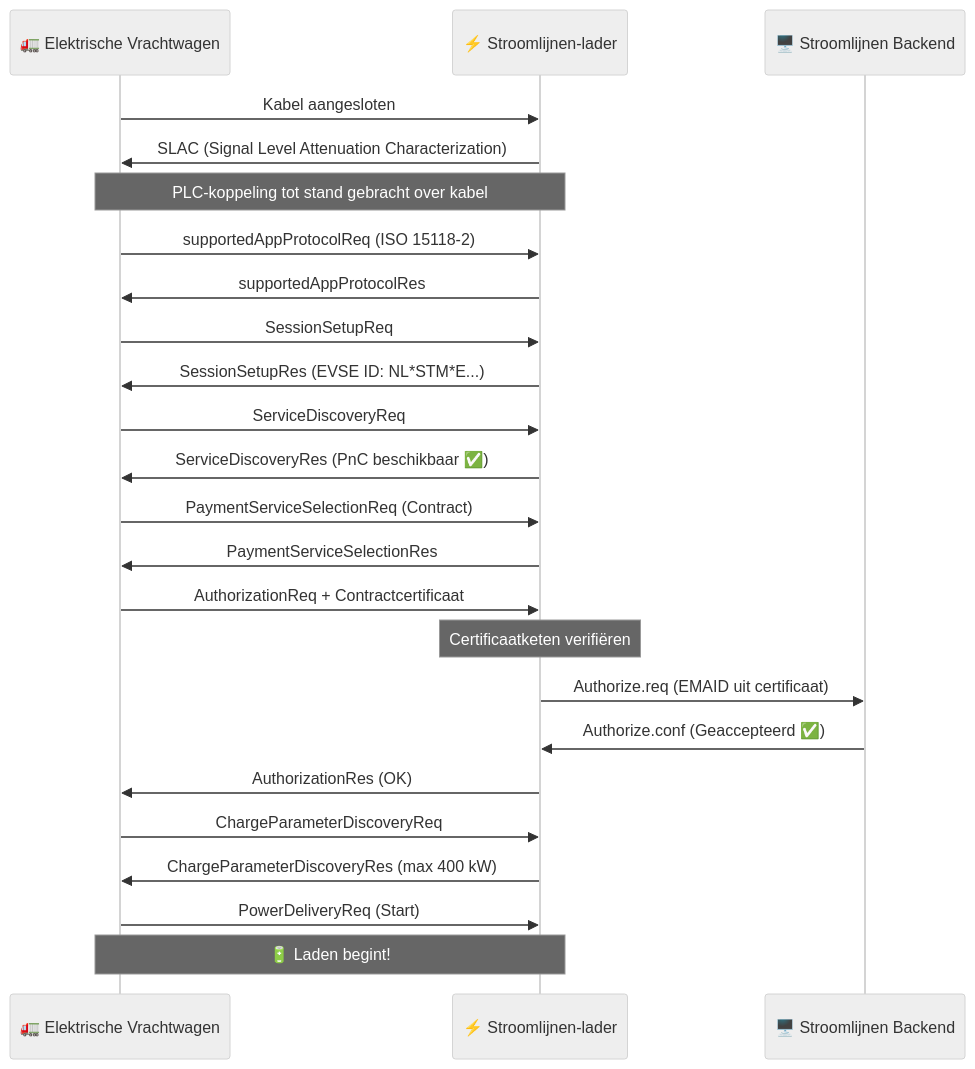
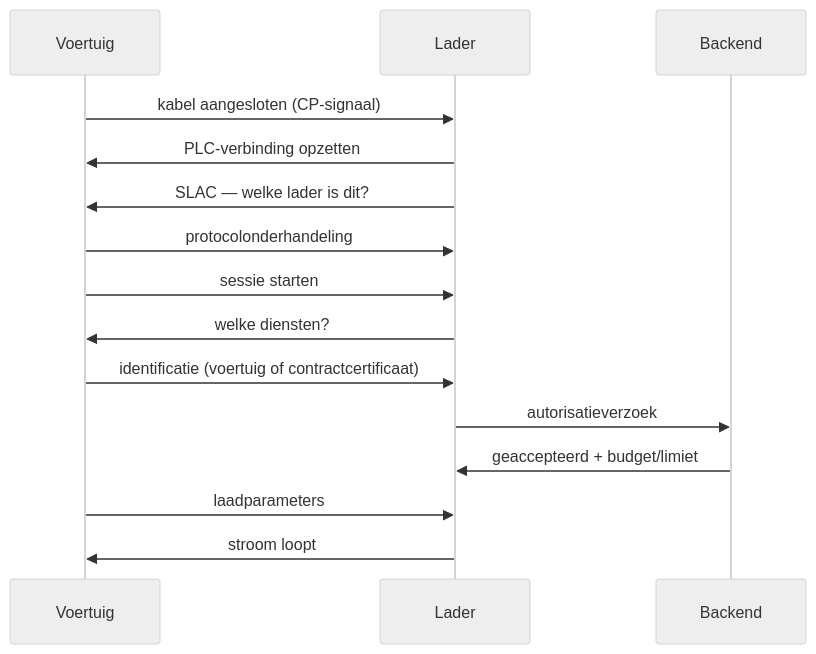
One commit to imichelena/stroomlijnen-docs changed the diagram in docs/plug-and-charge/how-it-works.md. Above: the diagram before and after it, drawn with Mermaid (neutral theme). The commit also changed other lines of this file and 577 other files, not shown here.

````diff
--- a/docs/plug-and-charge/how-it-works.md
+++ b/docs/plug-and-charge/how-it-works.md
@@ -38,34 +20,18 @@
 ```mermaid
 sequenceDiagram
-    participant Truck as 🚛 Elektrische Vrachtwagen
-    participant Charger as ⚡ Stroomlijnen-lader
-    participant Backend as 🖥️ Stroomlijnen Backend
+    participant EV as Voertuig
+    participant EVSE as Lader
+    participant CSMS as Backend
 
-    Truck->>Charger: Kabel aangesloten
-    Charger->>Truck: SLAC (Signal Level Attenuation Characterization)
-    Note over Truck,Charger: PLC-koppeling tot stand gebracht over kabel
-
-    Truck->>Charger: supportedAppProtocolReq (ISO 15118-2)
-    Charger->>Truck: supportedAppProtocolRes
-
-    Truck->>Charger: SessionSetupReq
-    Charger->>Truck: SessionSetupRes (EVSE ID: NL*STM*E...)
-
-    Truck->>Charger: ServiceDiscoveryReq
-    Charger->>Truck: ServiceDiscoveryRes (PnC beschikbaar ✅)
-
-    Truck->>Charger: PaymentServiceSelectionReq (Contract)
-    Charger->>Truck: PaymentServiceSelectionRes
-
-    Truck->>Charger: AuthorizationReq + Contractcertificaat
-    Note over Charger: Certificaatketen verifiëren
-    Charger->>Backend: Authorize.req (EMAID uit certificaat)
-    Backend->>Charger: Authorize.conf (Geaccepteerd ✅)
-    Charger->>Truck: AuthorizationRes (OK)
-
-    Truck->>Charger: ChargeParameterDiscoveryReq
-    Charger->>Truck: ChargeParameterDiscoveryRes (max 400 kW)
-
-    Truck->>Charger: PowerDeliveryReq (Start)
-    Note over Truck,Charger: 🔋 Laden begint!
+    EV->>EVSE: kabel aangesloten (CP-signaal)
+    EVSE->>EV: PLC-verbinding opzetten
+    EVSE->>EV: SLAC — welke lader is dit?
+    EV->>EVSE: protocolonderhandeling
+    EV->>EVSE: sessie starten
+    EVSE->>EV: welke diensten?
+    EV->>EVSE: identificatie (voertuig of contractcertificaat)
+    EVSE->>CSMS: autorisatieverzoek
+    CSMS->>EVSE: geaccepteerd + budget/limiet
+    EV->>EVSE: laadparameters
+    EVSE->>EV: stroom loopt
 ```
````
